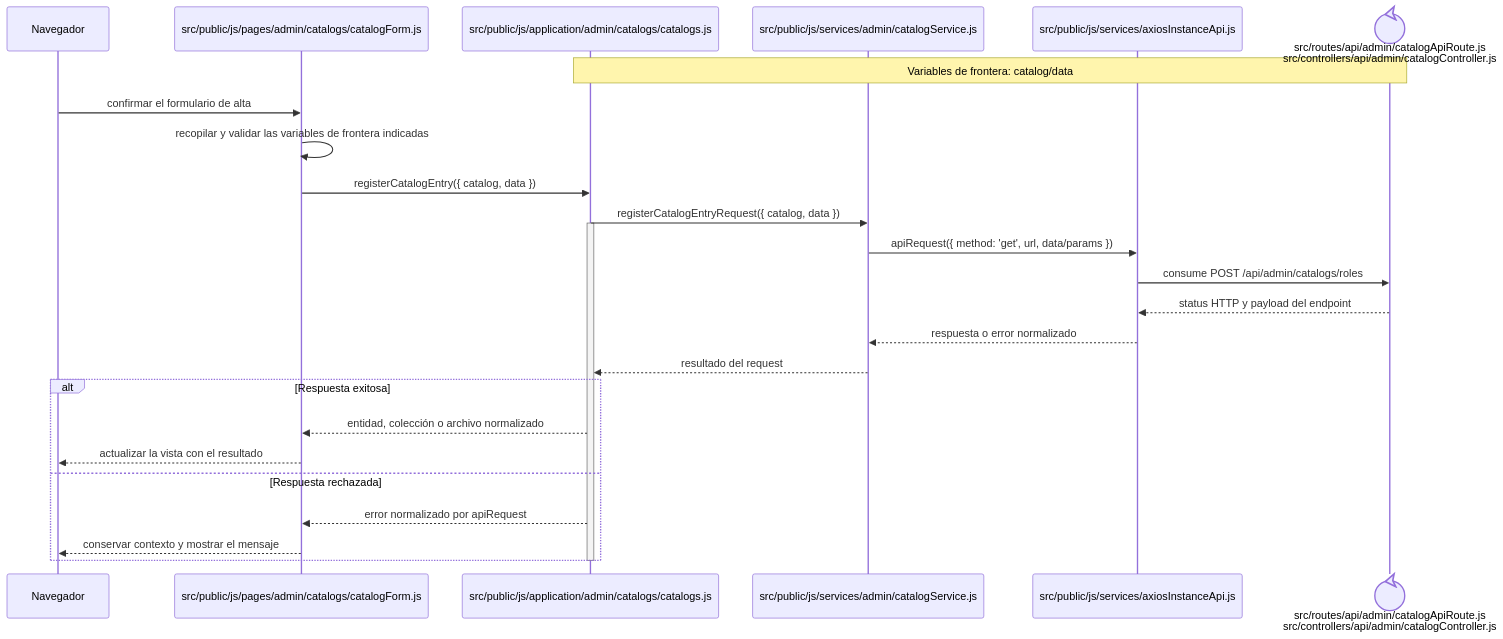
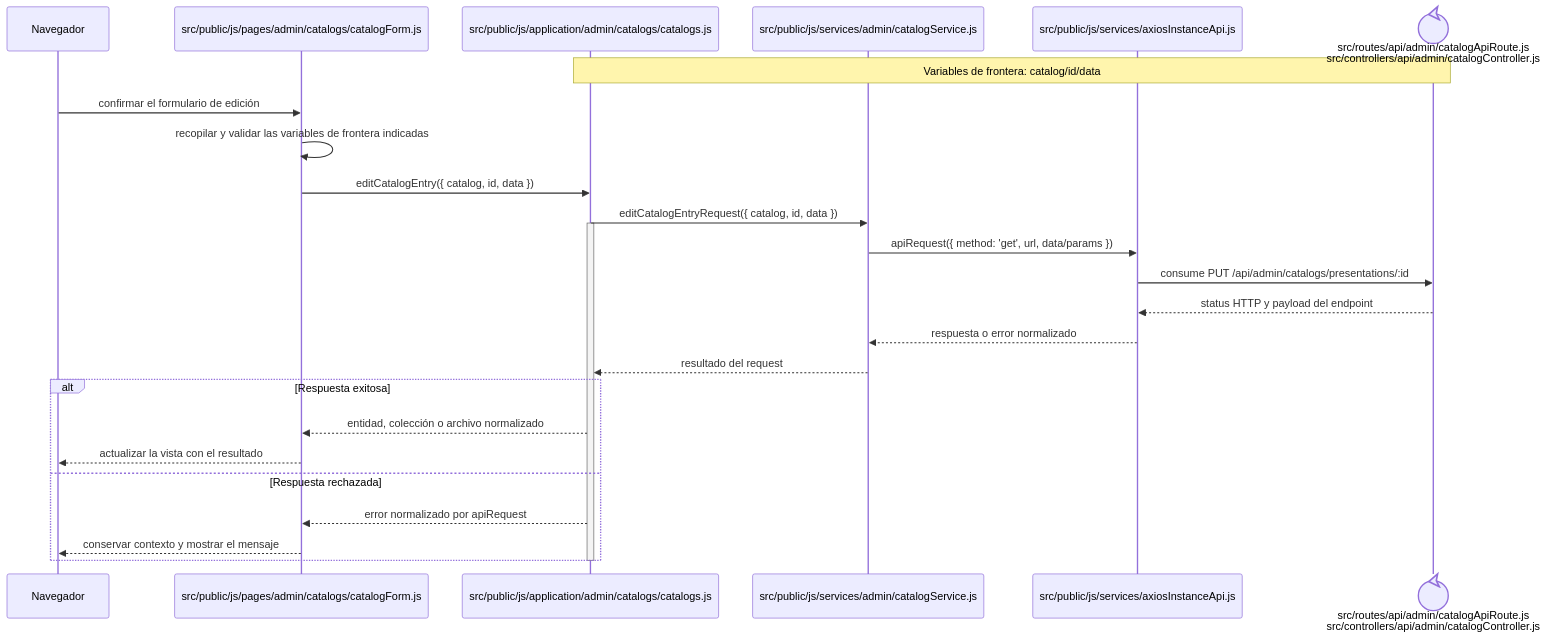
One commit to gpgsistemas01/nexus changed the diagram in docs/architecture/frontend-code-sequences/catalogs/cu-cat-35.md. Above: the diagram before and after it, drawn with Mermaid. The commit also changed other lines of this file and 126 other files, not shown here.

````diff
--- a/docs/architecture/frontend-code-sequences/catalogs/cu-cat-35.md
+++ b/docs/architecture/frontend-code-sequences/catalogs/cu-cat-35.md
@@ -6,29 +6,29 @@
 ```mermaid
 sequenceDiagram
     participant Browser as Navegador
     participant View as src/public/js/pages/admin/catalogs/catalogForm.js
     participant Application as src/public/js/application/admin/catalogs/catalogs.js
     participant Request as src/public/js/services/admin/catalogService.js
     participant HTTP as src/public/js/services/axiosInstanceApi.js
     participant Transport@{ "type": "control" } as src/routes/api/admin/catalogApiRoute.js<br/>src/controllers/api/admin/catalogController.js
-    Note over Application,Transport: Variables de frontera: catalog/data
+    Note over Application,Transport: Variables de frontera: catalog/id/data
 
-    Browser->>View: confirmar el formulario de alta
+    Browser->>View: confirmar el formulario de edición
     View->>View: recopilar y validar las variables de frontera indicadas
-    View->>Application: registerCatalogEntry({ catalog, data })
-    Application->>Request: registerCatalogEntryRequest({ catalog, data })
+    View->>Application: editCatalogEntry({ catalog, id, data })
+    Application->>Request: editCatalogEntryRequest({ catalog, id, data })
     activate Application
     Request->>HTTP: apiRequest({ method: 'get', url, data/params })
-    HTTP->>Transport: consume POST /api/admin/catalogs/roles
+    HTTP->>Transport: consume PUT /api/admin/catalogs/presentations/:id
     Transport-->>HTTP: status HTTP y payload del endpoint
     HTTP-->>Request: respuesta o error normalizado
     Request-->>Application: resultado del request
     alt Respuesta exitosa
         Application-->>View: entidad, colección o archivo normalizado
         View-->>Browser: actualizar la vista con el resultado
     else Respuesta rechazada
         Application-->>View: error normalizado por apiRequest
         View-->>Browser: conservar contexto y mostrar el mensaje
     end
     deactivate Application
 ```
````
